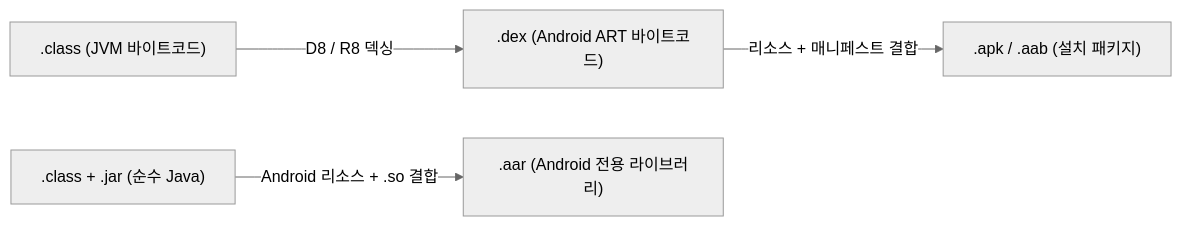
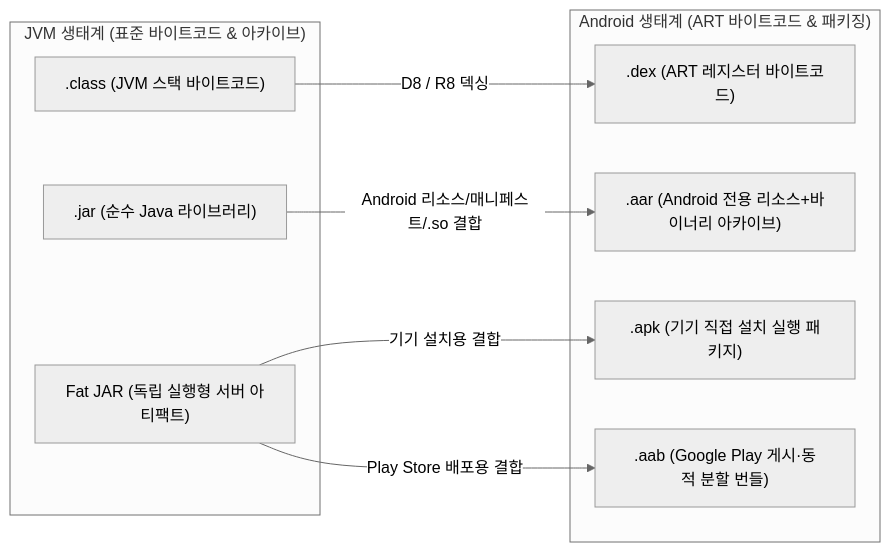
The second of 2 diagrams in 01_inbox/computer-science/jvm-bytecode-and-jar-archive.md (youngmin-gwon/what-i-studied), drawn with Mermaid (neutral theme) before and after one commit. The commit also changed other lines of this file and 2 other files, not shown here.

````diff
--- a/01_inbox/computer-science/jvm-bytecode-and-jar-archive.md
+++ b/01_inbox/computer-science/jvm-bytecode-and-jar-archive.md
@@ -97,7 +88,20 @@
 ```mermaid
 flowchart LR
-    Class[".class (JVM 바이트코드)"] -->|D8 / R8 덱싱| DEX[".dex (Android ART 바이트코드)"]
-    DEX -->|리소스 + 매니페스트 결합| APK[".apk / .aab (설치 패키지)"]
-    
-    ClassJAR[".class + .jar (순수 Java)"] -->|Android 리소스 + .so 결합| AAR[".aar (Android 전용 라이브러리)"]
+    subgraph JVMWorld ["JVM 생태계 (표준 바이트코드 & 아카이브)"]
+        Class[".class (JVM 스택 바이트코드)"]
+        Jar[".jar (순수 Java 라이브러리)"]
+        FatJar["Fat JAR (독립 실행형 서버 아티팩트)"]
+    end
+
+    subgraph AndroidWorld ["Android 생태계 (ART 바이트코드 & 패키징)"]
+        DEX[".dex (ART 레지스터 바이트코드)"]
+        AAR[".aar (Android 전용 리소스+바이너리 아카이브)"]
+        APK[".apk (기기 직접 설치 실행 패키지)"]
+        AAB[".aab (Google Play 게시·동적 분할 번들)"]
+    end
+
+    Class -->|"D8 / R8 덱싱"| DEX
+    Jar -->|"Android 리소스/매니페스트/.so 결합"| AAR
+    FatJar -->|"기기 설치용 결합"| APK
+    FatJar -->|"Play Store 배포용 결합"| AAB
 ```
````
